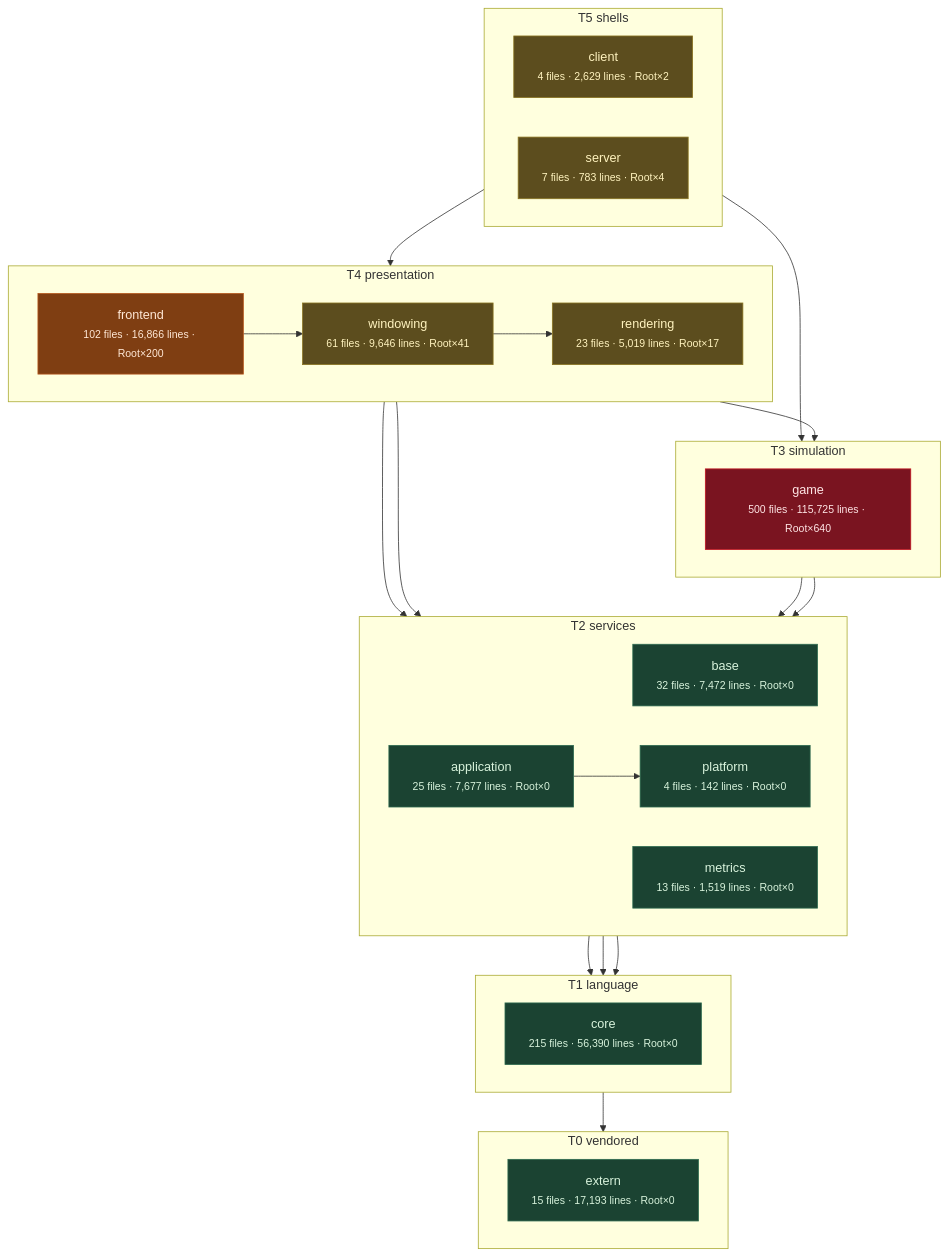
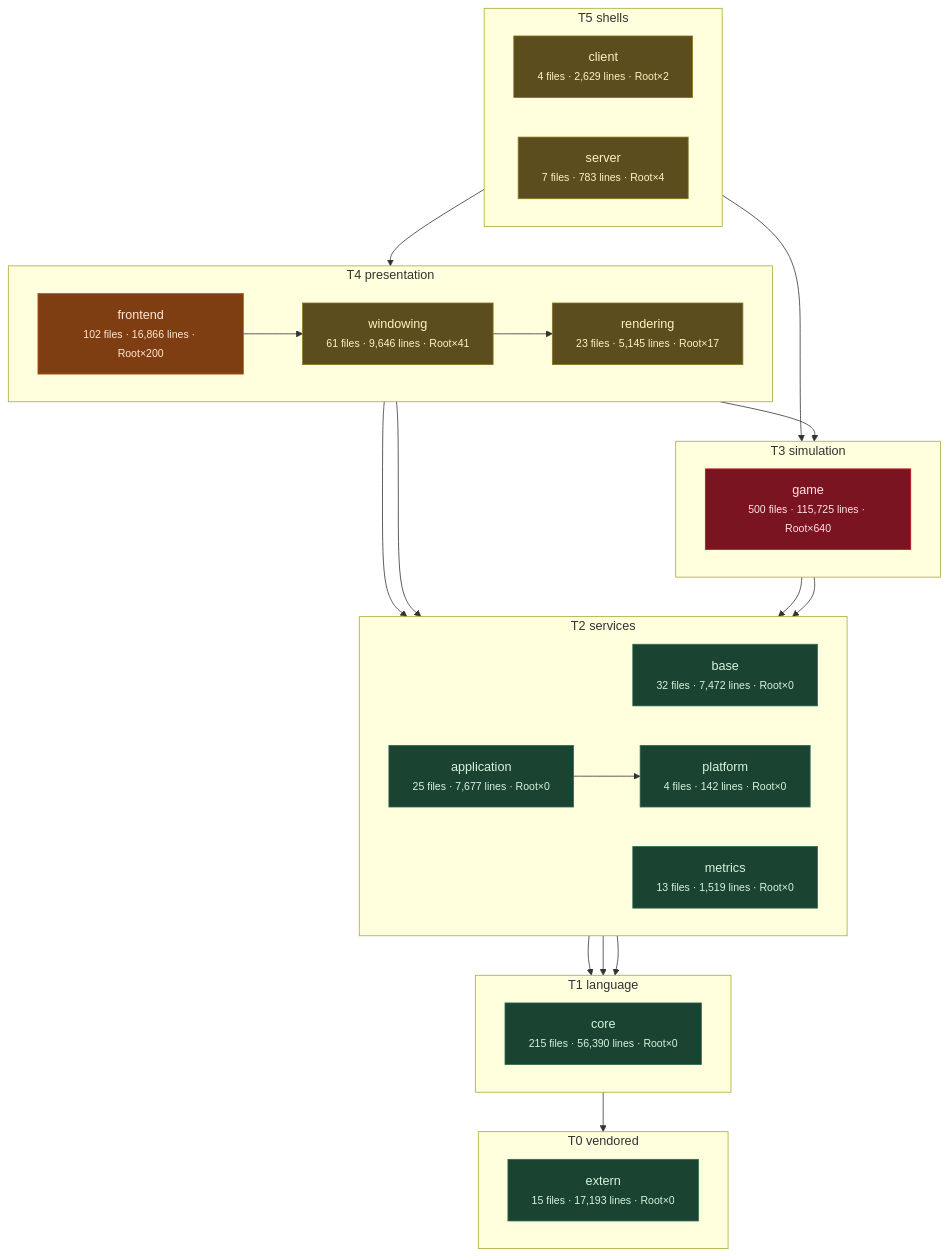
Before and after one commit to apnex/OpenStarbound: the third of 11 diagrams in docs/architecture/system-boundaries.md, drawn with Mermaid. The commit also changed other lines of this file and 3 other files, not shown here.

````diff
--- a/docs/architecture/system-boundaries.md
+++ b/docs/architecture/system-boundaries.md
@@ -271,55 +271,55 @@
 ```mermaid
 flowchart TD
   subgraph T0["T0 vendored"]
     direction LR
     extern["extern<br/><small>15 files · 17,193 lines · Root×0</small>"]
   end
   subgraph T1["T1 language"]
     direction LR
     core["core<br/><small>215 files · 56,390 lines · Root×0</small>"]
   end
   subgraph T2["T2 services"]
     direction LR
     base["base<br/><small>32 files · 7,472 lines · Root×0</small>"]
     metrics["metrics<br/><small>13 files · 1,519 lines · Root×0</small>"]
     platform["platform<br/><small>4 files · 142 lines · Root×0</small>"]
     application["application<br/><small>25 files · 7,677 lines · Root×0</small>"]
   end
   subgraph T3["T3 simulation"]
     direction LR
     game["game<br/><small>500 files · 115,725 lines · Root×640</small>"]
   end
   subgraph T4["T4 presentation"]
     direction LR
-    rendering["rendering<br/><small>23 files · 5,019 lines · Root×17</small>"]
+    rendering["rendering<br/><small>23 files · 5,145 lines · Root×17</small>"]
     windowing["windowing<br/><small>61 files · 9,646 lines · Root×41</small>"]
     frontend["frontend<br/><small>102 files · 16,866 lines · Root×200</small>"]
   end
   subgraph T5["T5 shells"]
     direction LR
     client["client<br/><small>4 files · 2,629 lines · Root×2</small>"]
     server["server<br/><small>7 files · 783 lines · Root×4</small>"]
   end
   core --> extern
   base --> core
   metrics --> core
   platform --> core
   application --> platform
   game --> base
   game --> platform
   rendering --> application
   rendering --> game
   windowing --> rendering
   frontend --> metrics
   frontend --> windowing
   client --> frontend
   server --> game
   classDef clean fill:#1b4332,stroke:#2d6a4f,color:#d8f3dc
   classDef warm  fill:#5c4d1e,stroke:#8a7420,color:#fff3bf
   classDef hot   fill:#7f3e12,stroke:#b5561b,color:#ffe8d6
   classDef blaze fill:#7a1420,stroke:#c1121f,color:#ffe5e5
   class extern,core,base,metrics,platform,application clean
   class rendering,windowing,client,server warm
   class frontend hot
   class game blaze
 ```
````
